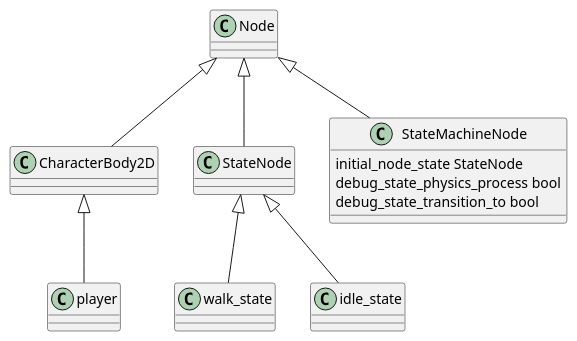
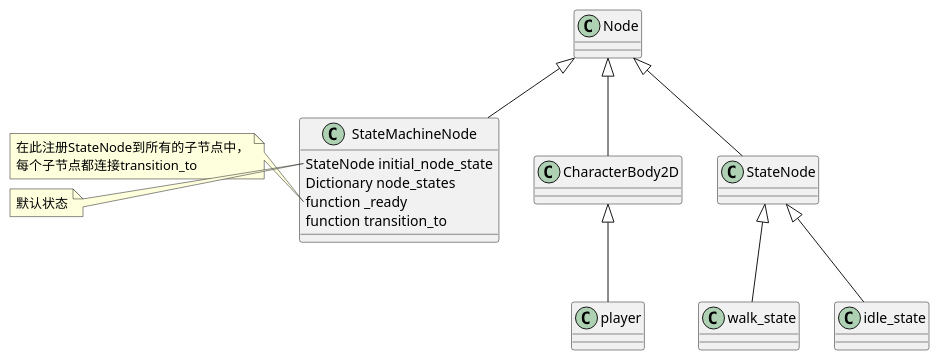
One commit to chenliangxiong/croptails changed the diagram in plantuml/croptails.puml. Above: the diagram before and after it, drawn with PlantUML. The commit also changed 14 other files, not shown here.

```diff
--- a/plantuml/croptails.puml
+++ b/plantuml/croptails.puml
@@ -1,20 +1,28 @@
 @startuml
 
 Node <|-- CharacterBody2D
 Node <|-- StateNode
 Node <|-- StateMachineNode
 CharacterBody2D <|-- player
 StateNode <|-- walk_state
 StateNode <|-- idle_state
 
 class StateMachineNode {
-  initial_node_state StateNode
-  debug_state_physics_process bool
-  debug_state_transition_to bool
+  StateNode initial_node_state
+  Dictionary node_states
+  function _ready
+  function transition_to
 }
+note left of StateMachineNode::_ready
+ 在此注册StateNode到所有的子节点中，
+ 每个子节点都连接transition_to
+end note
+note left of StateMachineNode::initial_node_state
+ 默认状态
+end note
 ' note "This is a floating note" as N1
 
 ' class Foo
 ' note left: On last defined class
 
 @enduml
```
